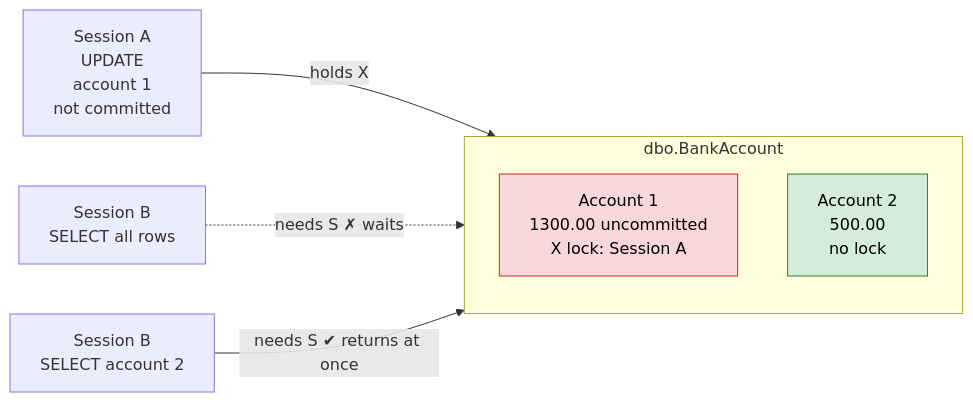
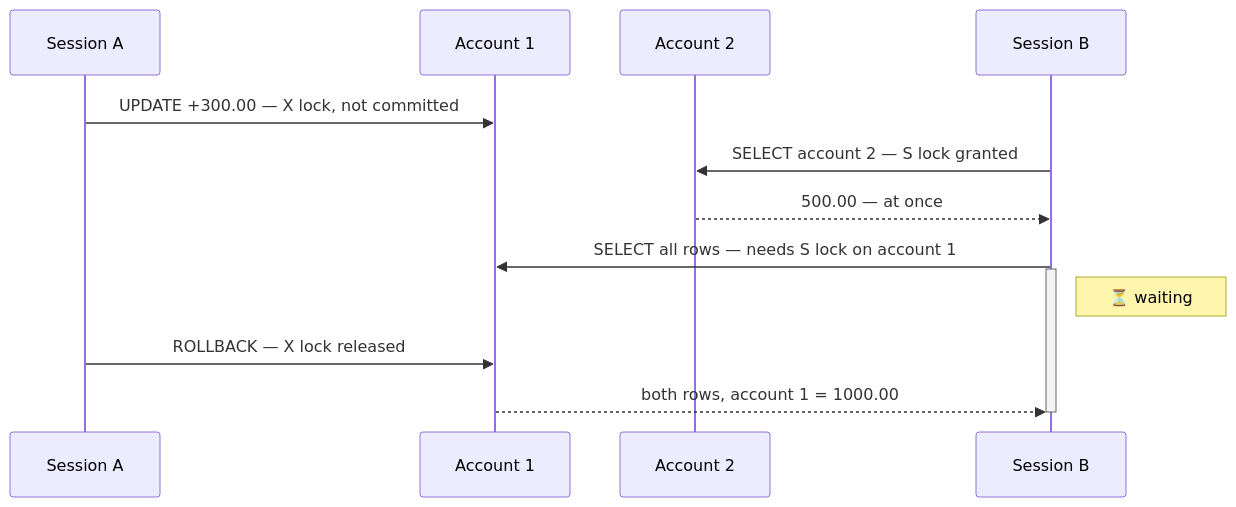
The second of 7 diagrams in labs/lab10-concurrency.md (tjovic/database-design-labs-public), drawn with Mermaid before and after one commit. The commit also changed other lines of this file, not shown here.

````diff
--- a/labs/lab10-concurrency.md
+++ b/labs/lab10-concurrency.md
@@ -193,18 +201,16 @@
 ```mermaid
-flowchart LR
-    A["Session A<br>UPDATE<br>account 1<br>not committed"]
-    B2["Session B<br>SELECT all rows"]
-    B1["Session B<br>SELECT account 2"]
-    subgraph T["dbo.BankAccount"]
-        direction TB
-        R1["Account 1<br>1300.00 uncommitted<br>X lock: Session A"]
-        R2["Account 2<br>500.00<br>no lock"]
-    end
-    A -- "holds X" --> R1
-    B2 -. "needs S ✗ waits" .-> R1
-    B1 -- "needs S ✔ returns at once" --> R2
-    classDef locked fill:#f8d7da,stroke:#c62828,color:#000
-    classDef free fill:#d4edda,stroke:#2e7d32,color:#000
-    class R1 locked
-    class R2 free
+sequenceDiagram
+    participant A as Session A
+    participant R1 as Account 1
+    participant R2 as Account 2
+    participant B as Session B
+    A->>R1: UPDATE +300.00 — X lock, not committed
+    B->>R2: SELECT account 2 — S lock granted
+    R2-->>B: 500.00 — at once
+    B->>R1: SELECT all rows — needs S lock on account 1
+    activate B
+    Note right of B: ⏳ waiting
+    A->>R1: ROLLBACK — X lock released
+    R1-->>B: both rows, account 1 = 1000.00
+    deactivate B
 ```
````
